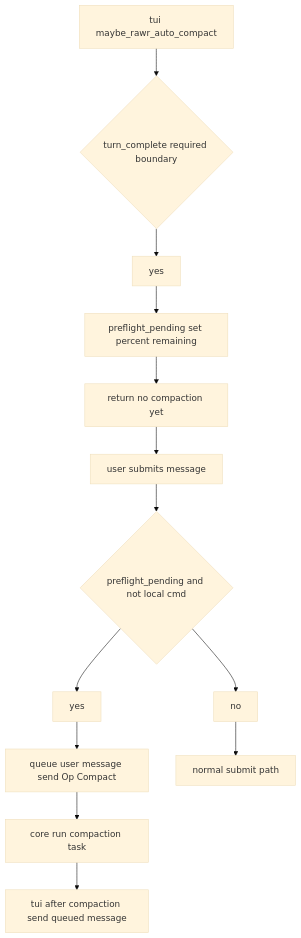
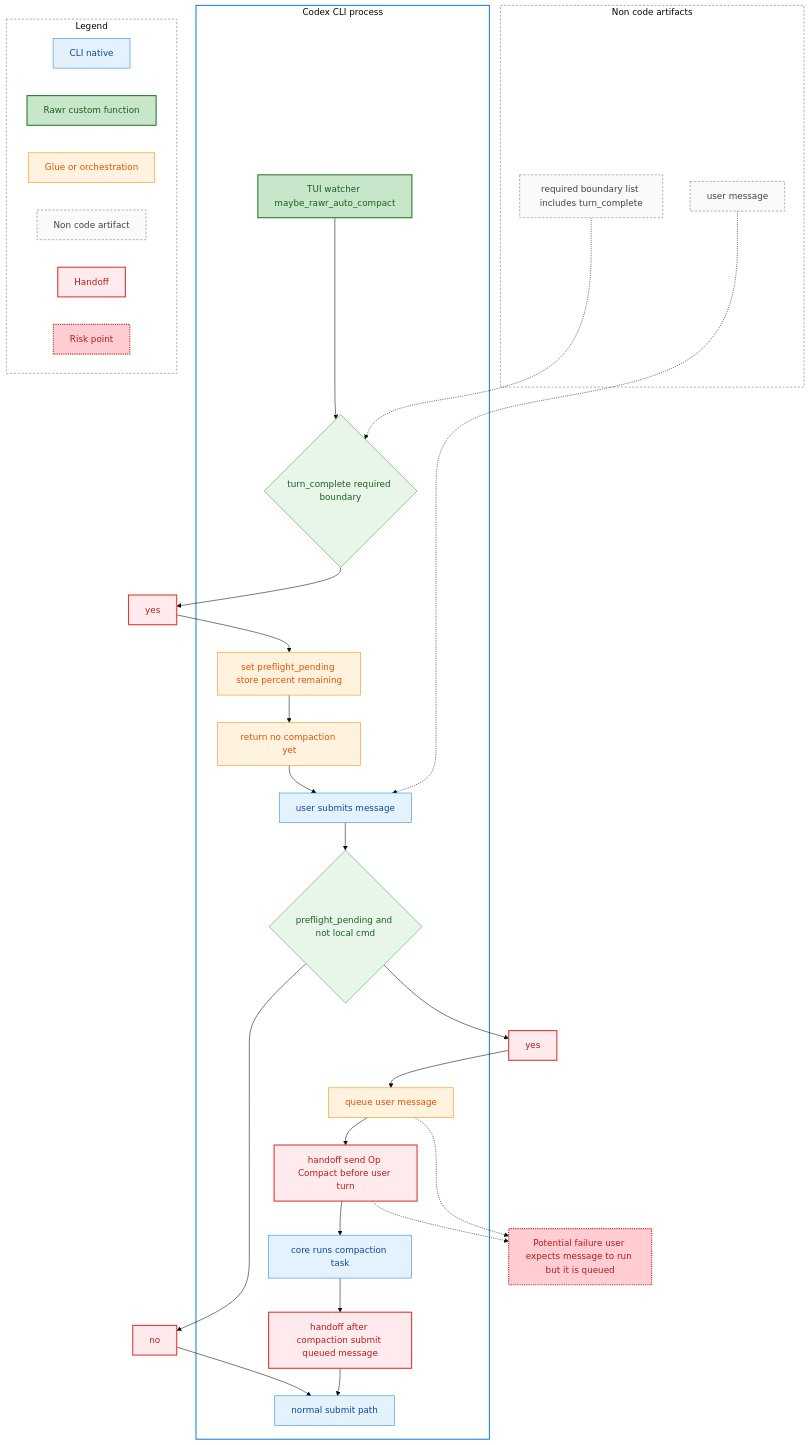
Before and after one commit to rawr-ai/codex: the seventh of 9 diagrams in rawr/issues/ISSUE-auto-compaction-handoff-workflow.md, drawn with Mermaid (base theme). The commit also changed other lines of this file, not shown here.

Commit message:
docs(rawr): annotate workflows with responsibilities

````diff
--- a/rawr/issues/ISSUE-auto-compaction-handoff-workflow.md
+++ b/rawr/issues/ISSUE-auto-compaction-handoff-workflow.md
@@ -284,15 +637,69 @@
 ```mermaid
 graph TD
-  A[tui maybe_rawr_auto_compact] --> B{turn_complete required boundary}
-  B --> B_yes[yes]
-  B_yes --> C[preflight_pending set percent remaining]
-  C --> D[return no compaction yet]
-  D --> E[user submits message]
-  E --> F{preflight_pending and not local cmd}
-  F --> F_yes[yes]
-  F_yes --> G[queue user message send Op Compact]
-  G --> H[core run compaction task]
-  H --> I[tui after compaction send queued message]
-  F --> F_no[no]
-  F_no --> J[normal submit path]
+  subgraph ART[Non code artifacts]
+    CFG5[required boundary list includes turn_complete]
+    UM1[user message]
+  end
+
+  subgraph CLI[Codex CLI process]
+    A[TUI watcher maybe_rawr_auto_compact]
+    B{turn_complete required boundary}
+    C[set preflight_pending store percent remaining]
+    D[return no compaction yet]
+    E[user submits message]
+    F{preflight_pending and not local cmd}
+    Q1[queue user message]
+    H1[handoff send Op Compact before user turn]
+    H[core runs compaction task]
+    H2[handoff after compaction submit queued message]
+    J[normal submit path]
+  end
+
+  CFG5 -.-> B
+  UM1 -.-> E
+
+  A --> B
+  B --> B_yes[yes] --> C --> D --> E --> F
+  F --> F_yes[yes] --> Q1 --> H1 --> H --> H2 --> J
+  F --> F_no[no] --> J
+
+  R9[Potential failure user expects message to run but it is queued]
+  Q1 -.-> R9
+  H1 -.-> R9
+
+  subgraph Legend[Legend]
+    L1[CLI native]
+    L2[Rawr custom function]
+    L3[Glue or orchestration]
+    L4[Non code artifact]
+    L5[Handoff]
+    L6[Risk point]
+  end
+
+  classDef native fill:#E3F2FD,stroke:#1E88E5,color:#0D47A1;
+  classDef custom fill:#E8F5E9,stroke:#43A047,color:#1B5E20;
+  classDef customFn fill:#C8E6C9,stroke:#2E7D32,stroke-width:2px,color:#1B5E20;
+  classDef glue fill:#FFF3E0,stroke:#FB8C00,color:#E65100;
+  classDef artifact fill:#FAFAFA,stroke:#757575,stroke-dasharray:4 3,color:#424242;
+  classDef handoff fill:#FFEBEE,stroke:#E53935,stroke-width:2px,color:#B71C1C;
+  classDef risk fill:#FFCDD2,stroke:#C62828,stroke-width:2px,stroke-dasharray:2 2,color:#B71C1C;
+
+  class CFG5,UM1 artifact;
+  class A customFn;
+  class B,F custom;
+  class C,D,Q1 glue;
+  class E,J,H native;
+  class H1,H2,B_yes,F_yes,F_no handoff;
+  class R9 risk;
+
+  class L1 native;
+  class L2 customFn;
+  class L3 glue;
+  class L4 artifact;
+  class L5 handoff;
+  class L6 risk;
+
+  style CLI fill:#ffffff,stroke:#1E88E5,stroke-width:2px;
+  style ART fill:#ffffff,stroke:#757575,stroke-width:1px,stroke-dasharray:4 3;
+  style Legend fill:#ffffff,stroke:#757575,stroke-width:1px,stroke-dasharray:4 3;
 ```
````
